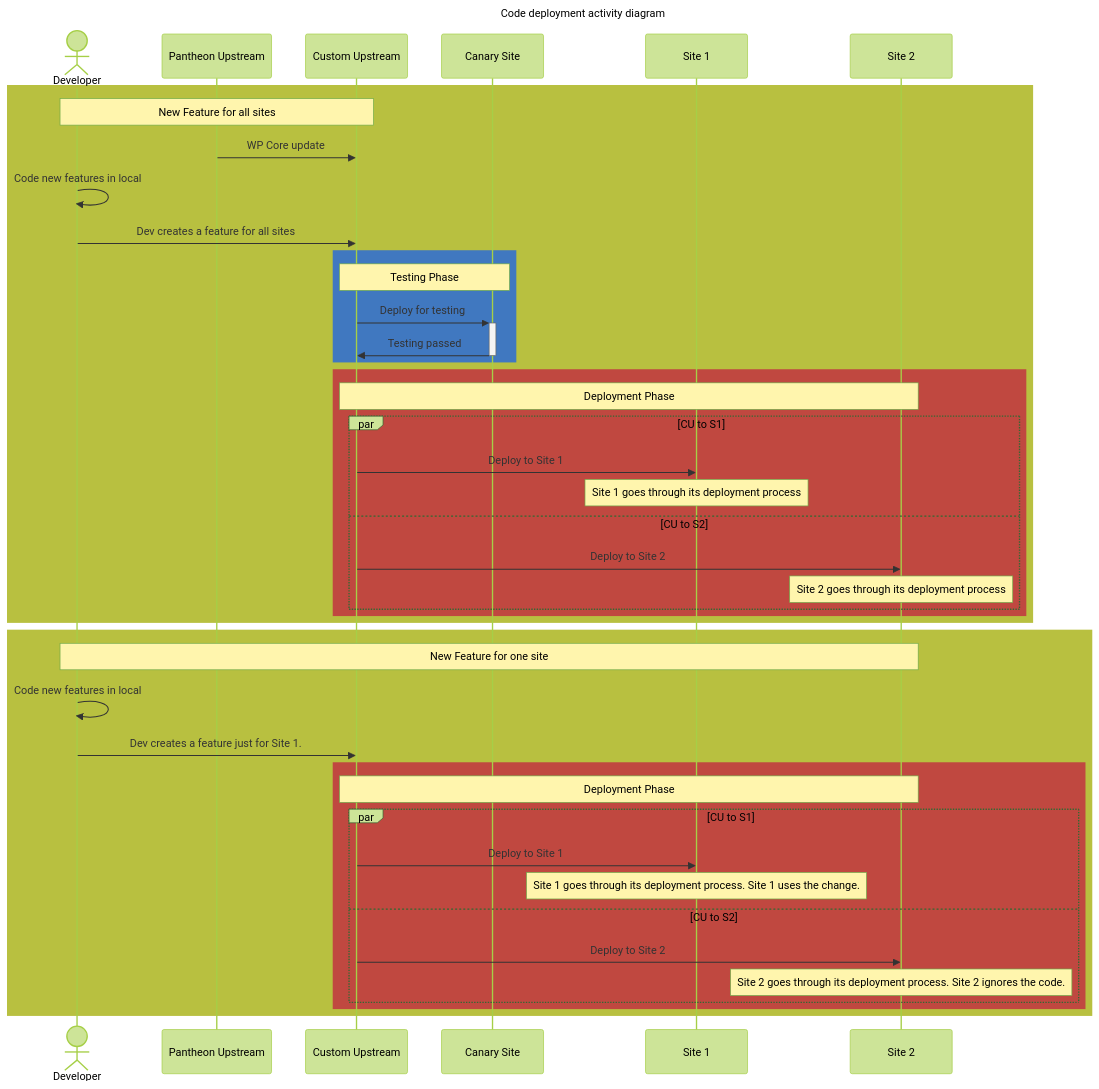
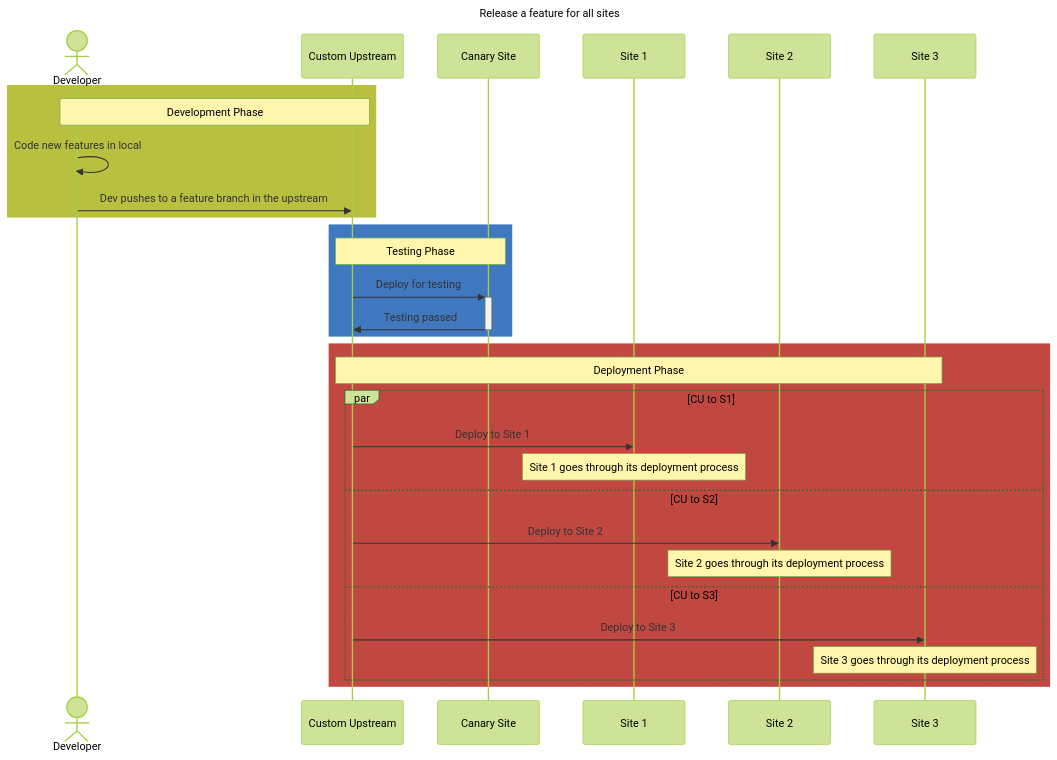
One commit to pantheon-systems/webops-architecture changed the sixth of 8 diagrams in WordPress/Custom-Upstream.md. Above: the diagram before and after it, drawn with Mermaid (forest theme). The commit also changed other lines of this file, not shown here.

Commit message:
Clarify custom upstream diagrams

````diff
--- a/WordPress/Custom-Upstream.md
+++ b/WordPress/Custom-Upstream.md
@@ -250,57 +343,42 @@
 ```mermaid
 ---
-title: Code deployment activity diagram
+title: Release a feature for all sites
 ---
 sequenceDiagram
 
     % People & Systems
     actor Dev as Developer
-    participant PU as Pantheon Upstream
     participant CU as Custom Upstream
     participant S0 as Canary Site
     participant S1 as Site 1
     participant S2 as Site 2
+    participant S3 as Site 3
 
     % Actions
 
     rect rgb(184,192,64)
-        Note over Dev,CU: New Feature for all sites
-        PU->>CU: WP Core update
+        Note over Dev,CU: Development Phase
         Dev->>Dev: Code new features in local
-        Dev->>CU: Dev creates a feature for all sites
-
-        rect rgb(64,120,192)
-            Note over CU,S0: Testing Phase
-            CU->>+S0: Deploy for testing
-            S0->>-CU: Testing passed
-        end
-
-        rect rgb(192,72,64)
-            Note over CU,S2: Deployment Phase
-            par CU to S1
-                CU->>S1: Deploy to Site 1
-                Note over S1: Site 1 goes through its deployment process
-            and CU to S2
-                CU->>S2: Deploy to Site 2
-                Note over S2: Site 2 goes through its deployment process
-            end
-        end
+        Dev->>CU: Dev pushes to a feature branch in the upstream
     end
 
-    rect rgb(184,192,64)
-        Note over Dev,S2: New Feature for one site
-        Dev->>Dev: Code new features in local
-        Dev->>CU: Dev creates a feature just for Site 1. 
+    rect rgb(64,120,192)
+        Note over CU,S0: Testing Phase
+        CU->>+S0: Deploy for testing
+        S0->>-CU: Testing passed
+    end
 
-        rect rgb(192,72,64)
-            Note over CU,S2: Deployment Phase
-            par CU to S1
-                CU->>S1: Deploy to Site 1
-                Note over S1: Site 1 goes through its deployment process. Site 1 uses the change.
-            and CU to S2
-                CU->>S2: Deploy to Site 2
-                Note over S2: Site 2 goes through its deployment process. Site 2 ignores the code.
-            end
+    rect rgb(192,72,64)
+        Note over CU,S3: Deployment Phase
+        par CU to S1
+            CU->>S1: Deploy to Site 1
+            Note over S1: Site 1 goes through its deployment process
+        and CU to S2
+            CU->>S2: Deploy to Site 2
+            Note over S2: Site 2 goes through its deployment process
+        and CU to S3
+            CU->>S3: Deploy to Site 3
+            Note over S3: Site 3 goes through its deployment process
         end
     end
 ```
````
